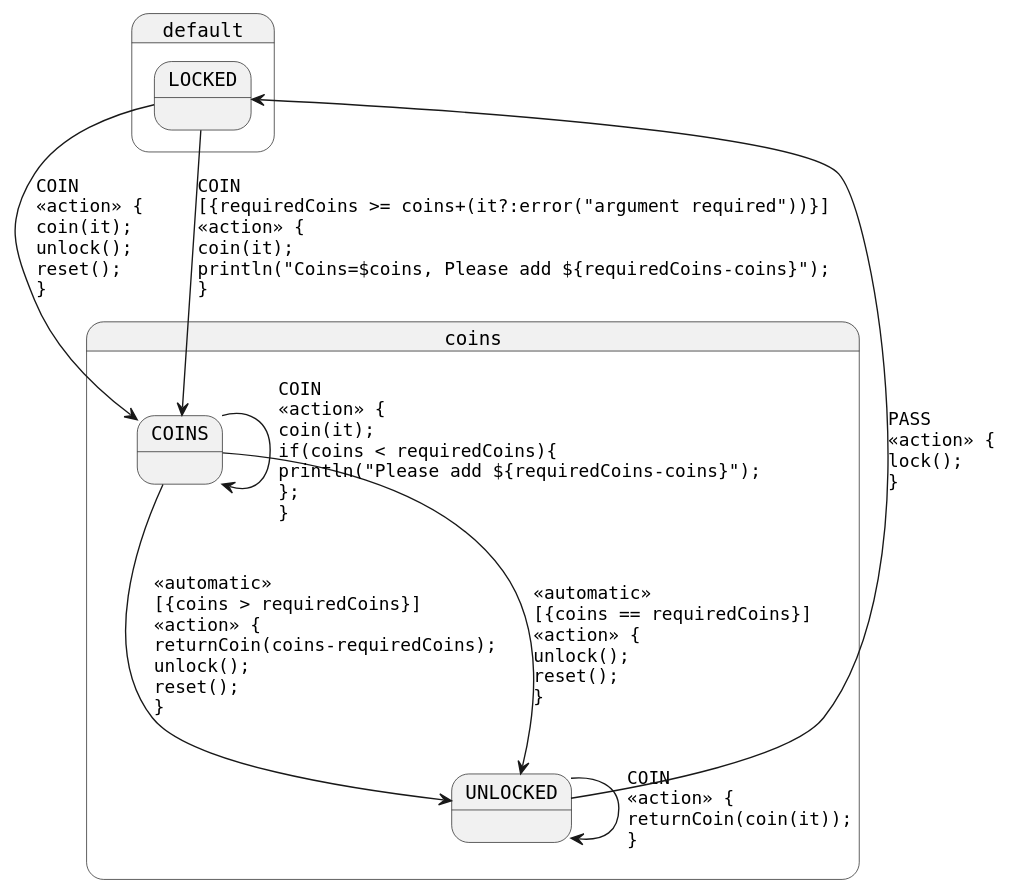
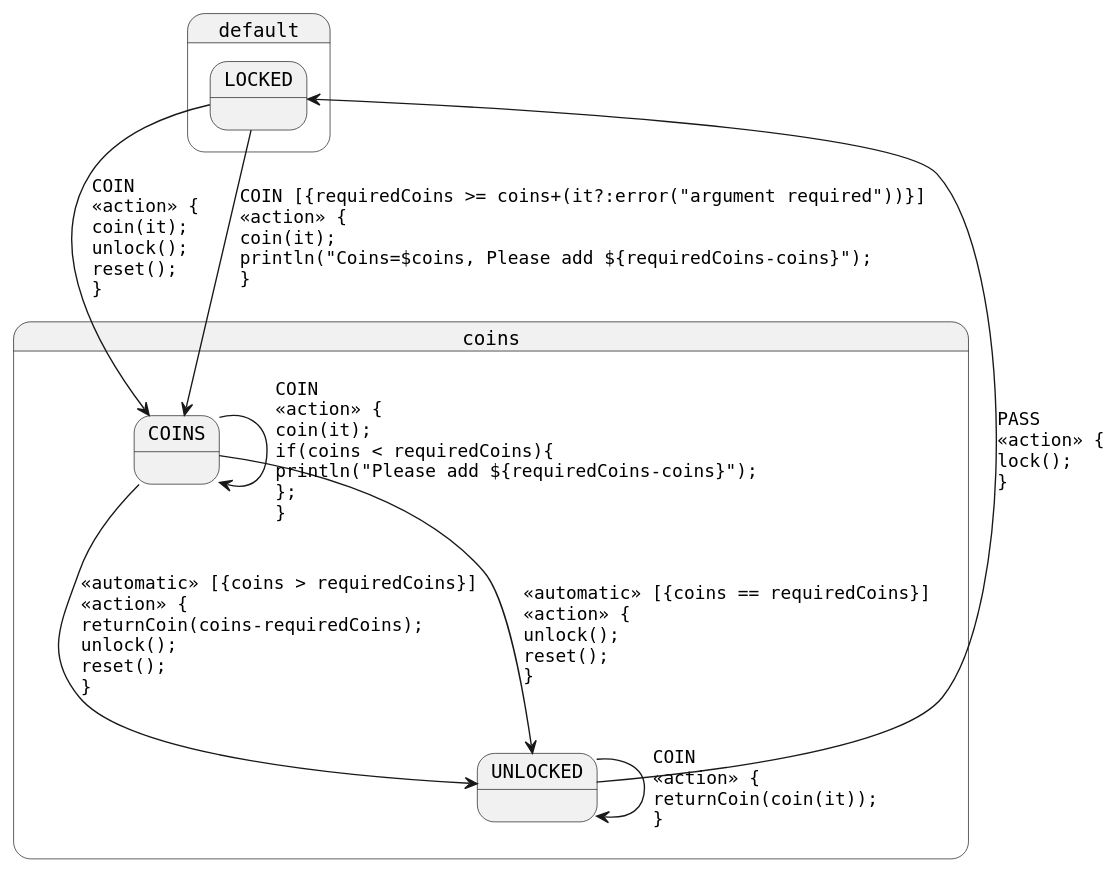
Before and after one commit to open-jumpco/kfsm-viz: the diagram in generated-parsed/paying-turnstile.plantuml, drawn with PlantUML. The commit also changed 7 other files, not shown here.

Commit message:
updated diagram images

```diff
--- a/generated-parsed/paying-turnstile.plantuml
+++ b/generated-parsed/paying-turnstile.plantuml
@@ -1,15 +1,15 @@
 @startuml
 skinparam StateFontName Helvetica
 skinparam defaultFontName Monospaced
 state coins {
-COINS --> UNLOCKED : <<automatic>>\l[{coins > requiredCoins}]\l<<action>> {\lreturnCoin(coins-requiredCoins);\lunlock();\lreset();\l}
-COINS --> UNLOCKED : <<automatic>>\l[{coins == requiredCoins}]\l<<action>> {\lunlock();\lreset();\l}
+COINS --> UNLOCKED : <<automatic>> [{coins > requiredCoins}]\l<<action>> {\lreturnCoin(coins-requiredCoins);\lunlock();\lreset();\l}
+COINS --> UNLOCKED : <<automatic>> [{coins == requiredCoins}]\l<<action>> {\lunlock();\lreset();\l}
 COINS --> COINS : COIN\l<<action>> {\lcoin(it);\lif(coins < requiredCoins){\lprintln("Please add ${requiredCoins-coins}");\l};\l}
 }
 state default {
 LOCKED --> COINS : COIN\l<<action>> {\lcoin(it);\lunlock();\lreset();\l}
-LOCKED --> COINS : COIN\l[{requiredCoins >= coins+(it?:error("argument required"))}]\l<<action>> {\lcoin(it);\lprintln("Coins=$coins, Please add ${requiredCoins-coins}");\l}
+LOCKED --> COINS : COIN [{requiredCoins >= coins+(it?:error("argument required"))}]\l<<action>> {\lcoin(it);\lprintln("Coins=$coins, Please add ${requiredCoins-coins}");\l}
 UNLOCKED --> UNLOCKED : COIN\l<<action>> {\lreturnCoin(coin(it));\l}
 UNLOCKED --> LOCKED : PASS\l<<action>> {\llock();\l}
 }
 @enduml
```
